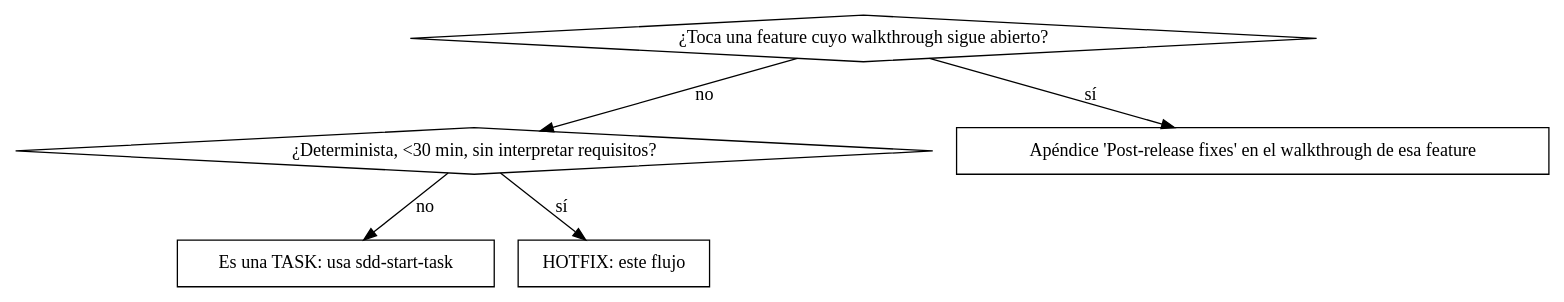
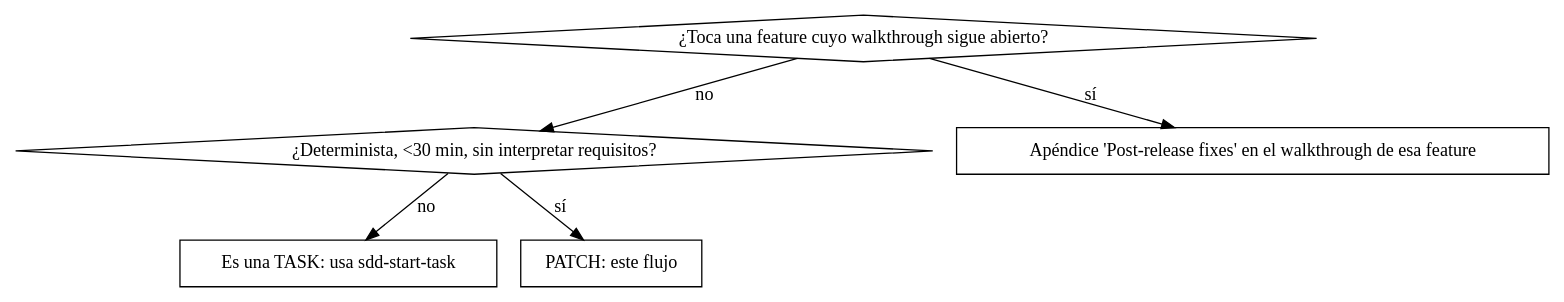
One commit to pikachumetal/sdd-kit changed the diagram in skills/sdd-start-patch/SKILL.md. Above: the diagram before and after it, drawn with Graphviz. The commit also changed other lines of this file and 3 other files, not shown here.

First line of the commit message:
refactor(skills): contenido del carril patch (rename hotfix a patch)

````diff
--- a/skills/sdd-start-patch/SKILL.md
+++ b/skills/sdd-start-patch/SKILL.md
@@ -14,14 +16,14 @@
 ```dot
 digraph decision {
     "¿Toca una feature cuyo walkthrough sigue abierto?" [shape=diamond];
     "¿Determinista, <30 min, sin interpretar requisitos?" [shape=diamond];
     "Apéndice 'Post-release fixes' en el walkthrough de esa feature" [shape=box];
     "Es una TASK: usa sdd-start-task" [shape=box];
-    "HOTFIX: este flujo" [shape=box];
+    "PATCH: este flujo" [shape=box];
 
     "¿Toca una feature cuyo walkthrough sigue abierto?" -> "Apéndice 'Post-release fixes' en el walkthrough de esa feature" [label="sí"];
     "¿Toca una feature cuyo walkthrough sigue abierto?" -> "¿Determinista, <30 min, sin interpretar requisitos?" [label="no"];
-    "¿Determinista, <30 min, sin interpretar requisitos?" -> "HOTFIX: este flujo" [label="sí"];
+    "¿Determinista, <30 min, sin interpretar requisitos?" -> "PATCH: este flujo" [label="sí"];
     "¿Determinista, <30 min, sin interpretar requisitos?" -> "Es una TASK: usa sdd-start-task" [label="no"];
 }
 ```
````
